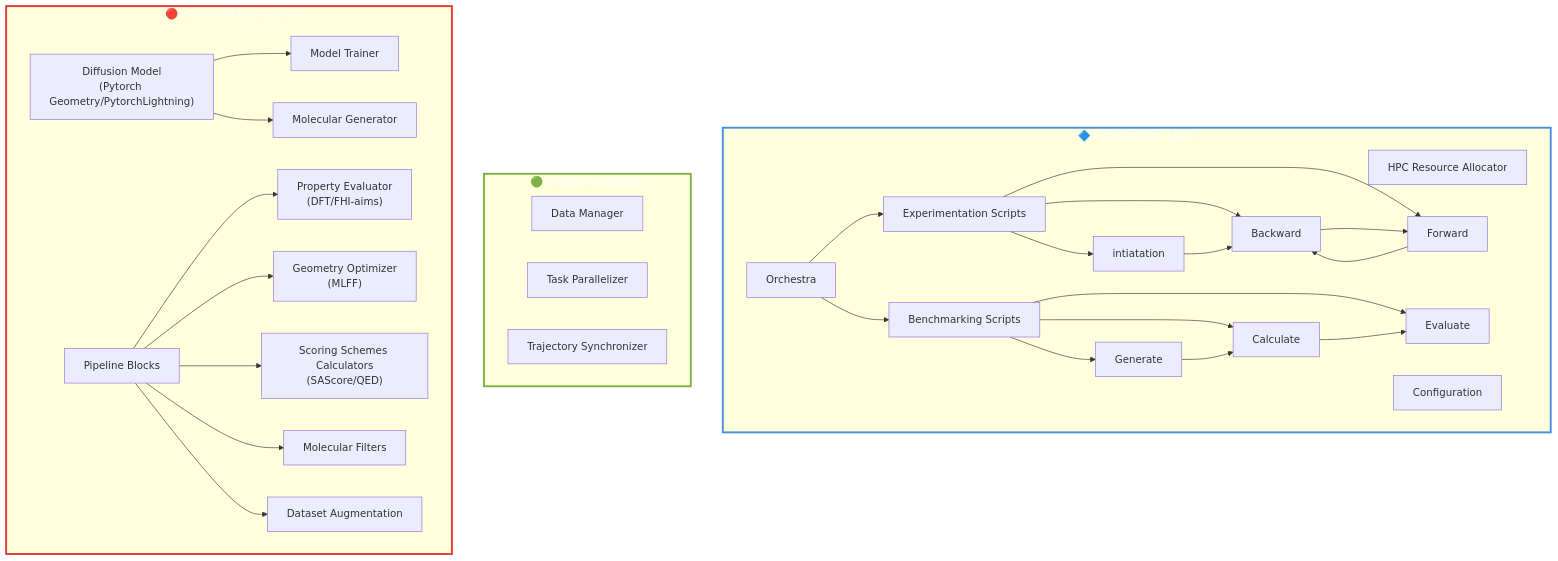
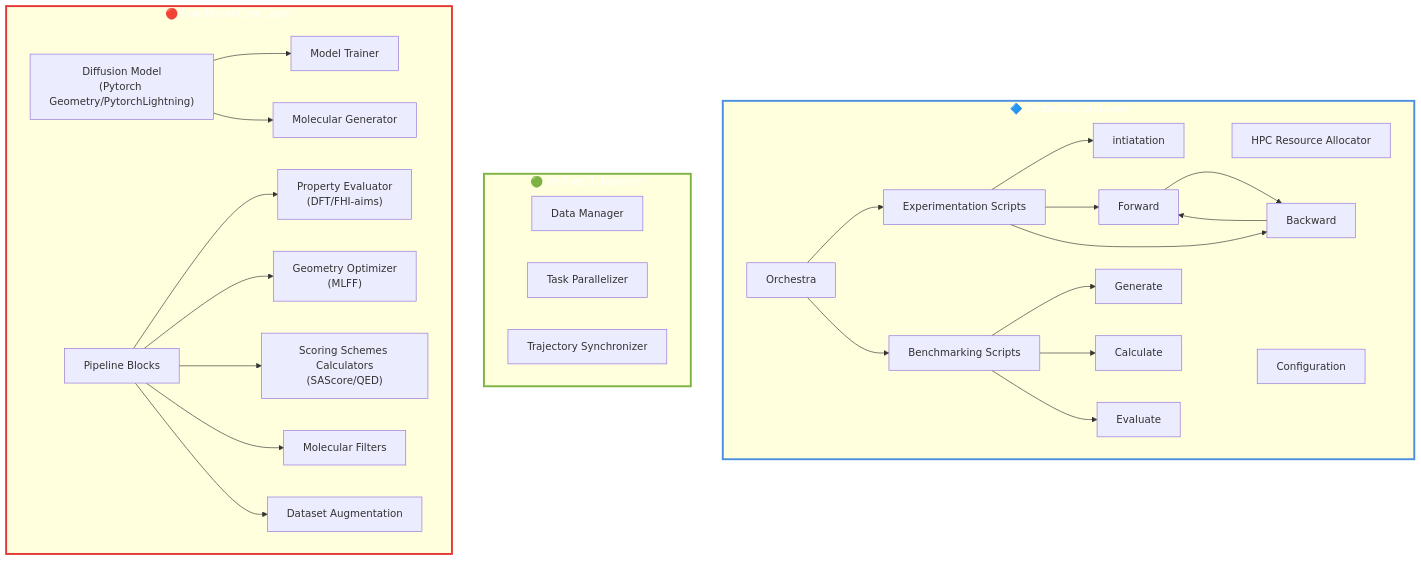
One commit to lmedranos/qalpa changed the second of 2 diagrams in README.md. Above: the diagram before and after it, drawn with Mermaid.

Commit message:
Update README by removing obsolete entries
Removed outdated mappings from the README.

````diff
--- a/README.md
+++ b/README.md
@@ -102,61 +102,58 @@
 ```mermaid
 graph TB
     subgraph orchestration["🔷 Orchestration Layer"]
         hpc["HPC Resource Allocator"]
         config["Configuration"]
         orc["Orchestra"]
         Expsc["Experimentation Scripts"]
         initsc["intiatation"]
         forsc["Forward"]
         bacsc["Backward"]
         Evalsc["Benchmarking Scripts"]
         gensc["Generate"]
         calsc["Calculate"]
         evalsc["Evaluate"]
 
     end
 
     Expsc --> initsc
     Expsc --> forsc
     Expsc --> bacsc
     Evalsc --> gensc
     Evalsc --> calsc
     Evalsc --> evalsc
     orc --> Expsc
     orc --> Evalsc
     forsc --> bacsc
     bacsc --> forsc
-    initsc --> bacsc
-    gensc --> calsc
-    calsc --> evalsc
-
+   
 
     subgraph utilities["🟢 Utilities Subsystem"]
         data["Data Manager"]
         parallel["Task Parallelizer"]
         sync["Trajectory Synchronizer"]
     end
     
     subgraph functional["🔴 Functional Core Layer"]
         Diff["Diffusion Model<br/>(Pytorch Geometry/PytorchLightning)"]
         train["Model Trainer"]
         gen["Molecular Generator"]
         Pipeb["Pipeline Blocks"]
         eval["Property Evaluator<br/>(DFT/FHI-aims)"]
         opt["Geometry Optimizer<br/>(MLFF)"]
         sco["Scoring Schemes Calculators<br/>(SAScore/QED)"]
         sel["Molecular Filters"]
         Aug["Dataset Augmentation"]
     end
     Diff --> train
     Diff --> gen
     Pipeb --> eval
     Pipeb --> opt
     Pipeb --> sco
     Pipeb --> sel
     Pipeb --> Aug
     
     style orchestration stroke:#4A90E2,stroke-width:3px,color:#fff
     style utilities stroke:#7CB342,stroke-width: 3px,color:#fff
     style functional stroke:#E53935,stroke-width:3px,color:#fff
 ```
````
